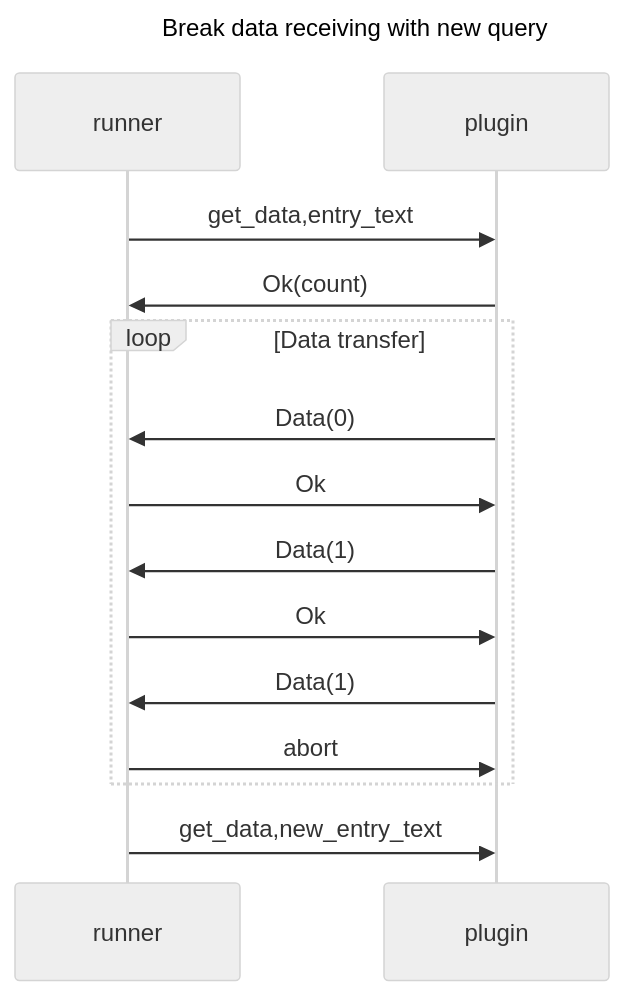
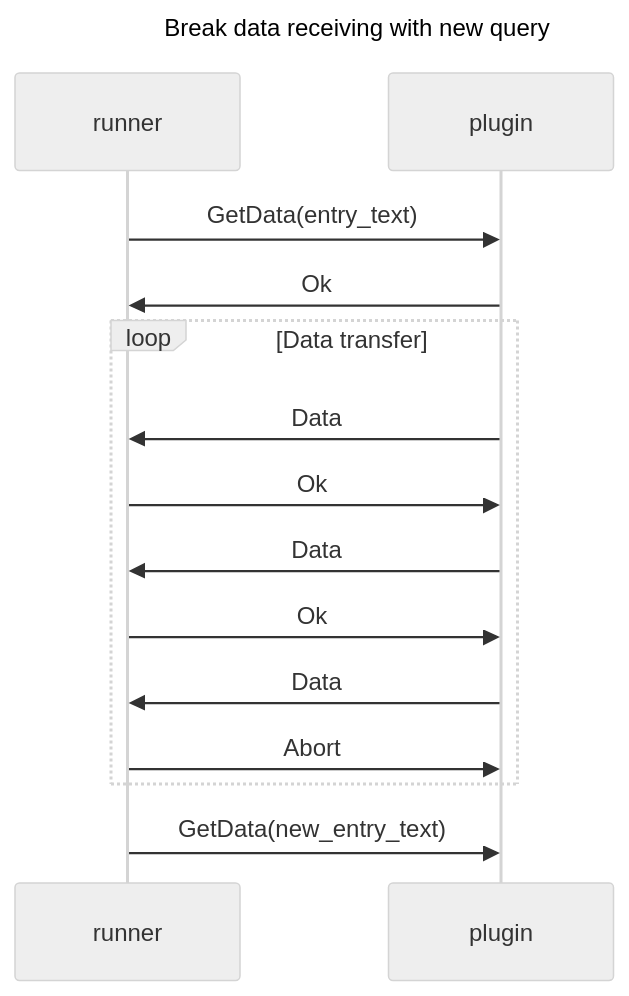
The second of 3 diagrams in NOTES.md (bzglve/unirun), drawn with Mermaid (neutral theme) before and after one commit. The commit also changed other lines of this file and 9 other files, not shown here.

````diff
--- a/NOTES.md
+++ b/NOTES.md
@@ -23,18 +27,18 @@
 ```mermaid
 sequenceDiagram
     title Break data receiving with new query
     participant runner
     participant plugin
 
-    runner ->> plugin: get_data,entry_text
-    plugin ->> runner: Ok(count)
+    runner ->> plugin: GetData(entry_text)
+    plugin ->> runner: Ok
     loop Data transfer
-        plugin ->> runner: Data(0)
+        plugin ->> runner: Data
         runner ->> plugin: Ok
-        plugin ->> runner: Data(1)
+        plugin ->> runner: Data
         runner ->> plugin: Ok
-        plugin ->> runner: Data(1)
-        runner ->> plugin: abort
+        plugin ->> runner: Data
+        runner ->> plugin: Abort
     end
-        runner ->> plugin: get_data,new_entry_text
+    runner ->> plugin: GetData(new_entry_text)
 ```
````
